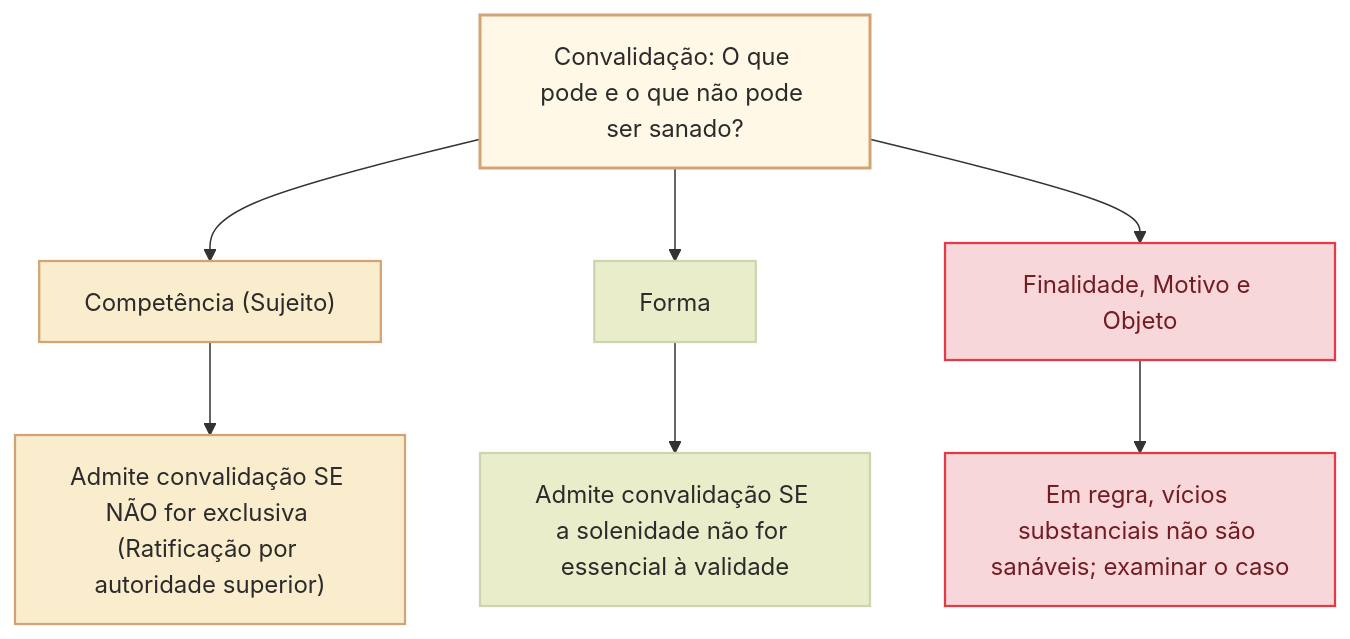
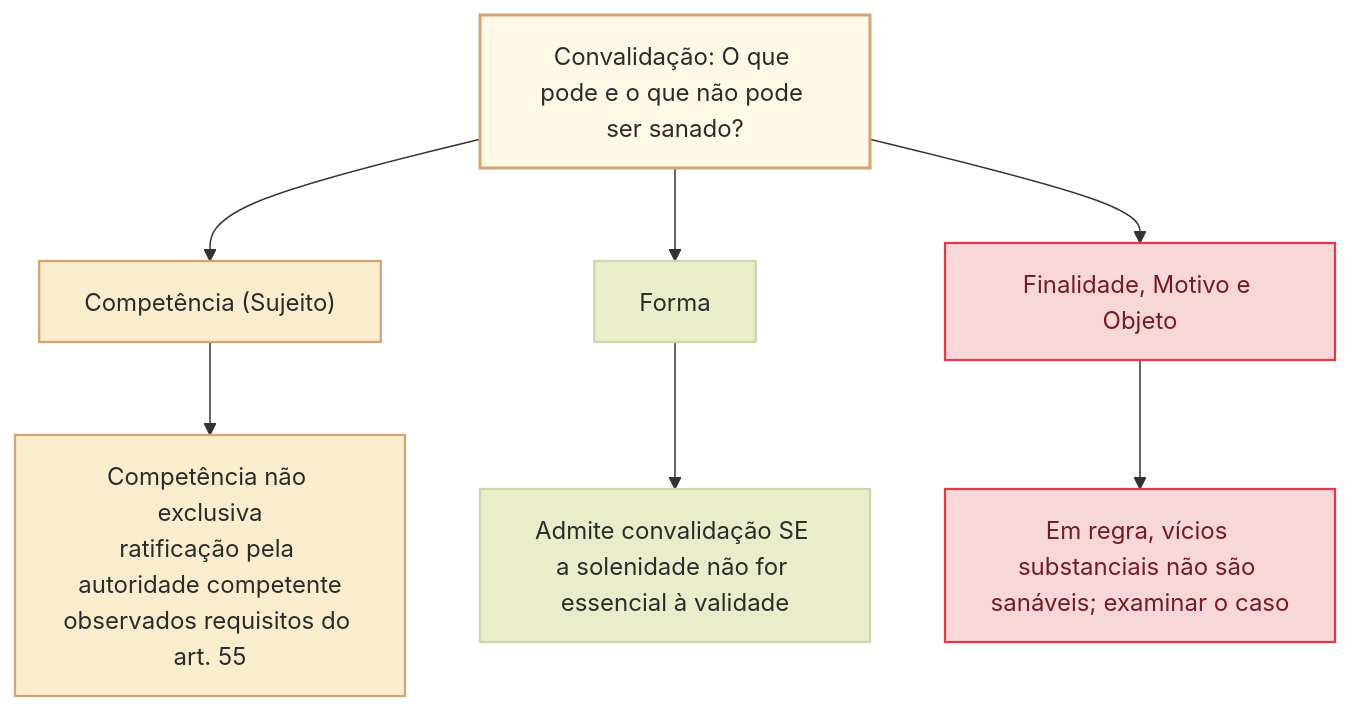
One commit to leorruas/concursos changed the second of 2 diagrams in 3 - Materias/Direito Administrativo/17 - anulacao revogacao convalidacao e extincao de atos administrativos.md. Above: the diagram before and after it, drawn with Mermaid. The commit also changed other lines of this file, not shown here.

Commit message:
docs(DAD17): precisar anulação, revogação e convalidação e seus limites

````diff
--- a/3 - Materias/Direito Administrativo/17 - anulacao revogacao convalidacao e extincao de atos administrativos.md
+++ b/3 - Materias/Direito Administrativo/17 - anulacao revogacao convalidacao e extincao de atos administrativos.md
@@ -103,17 +101,17 @@
 ```mermaid
 flowchart TD
     classDef raiz fill:#fff8e7,stroke:#d4a373,stroke-width:2px,color:#2b2b2b;
     classDef comp fill:#faedcd,stroke:#d4a373,stroke-width:1.5px,color:#2b2b2b;
     classDef forma fill:#e9edc9,stroke:#ccd5ae,stroke-width:1.5px,color:#2b2b2b;
     classDef vedado fill:#f8d7da,stroke:#e63946,stroke-width:1.5px,color:#721c24;
 
     A["Convalidação: O que pode e o que não pode ser sanado?"]:::raiz
 
     A --> B["Competência (Sujeito)"]:::comp
     A --> C["Forma"]:::forma
     A --> D["Finalidade, Motivo e Objeto"]:::vedado
 
-    B --> B1["Admite convalidação SE NÃO for exclusiva (Ratificação por autoridade superior)"]:::comp
+    B --> B1["Competência não exclusiva<br/>ratificação pela autoridade competente<br/>observados requisitos do art. 55"]:::comp
     C --> C1["Admite convalidação SE a solenidade não for essencial à validade"]:::forma
     D --> D1["Em regra, vícios substanciais não são sanáveis; examinar o caso"]:::vedado
 ```
````
